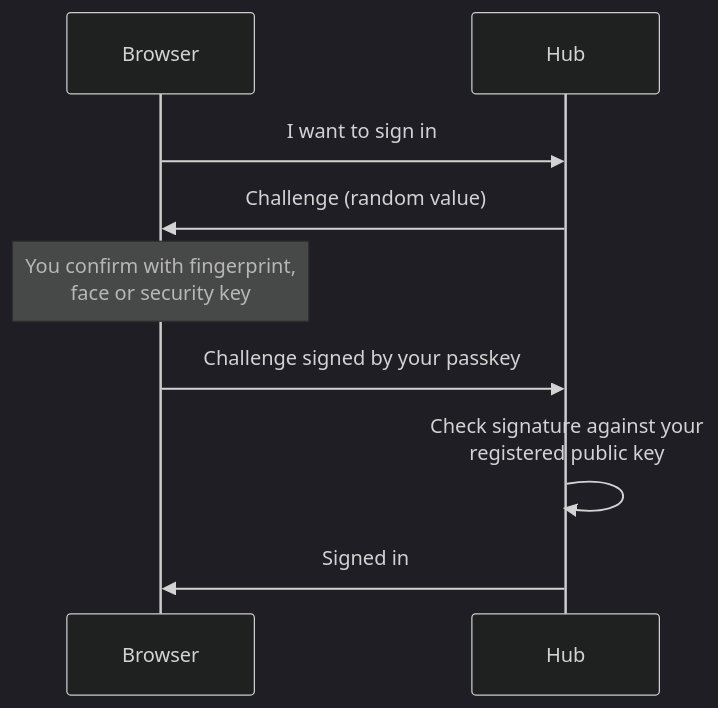
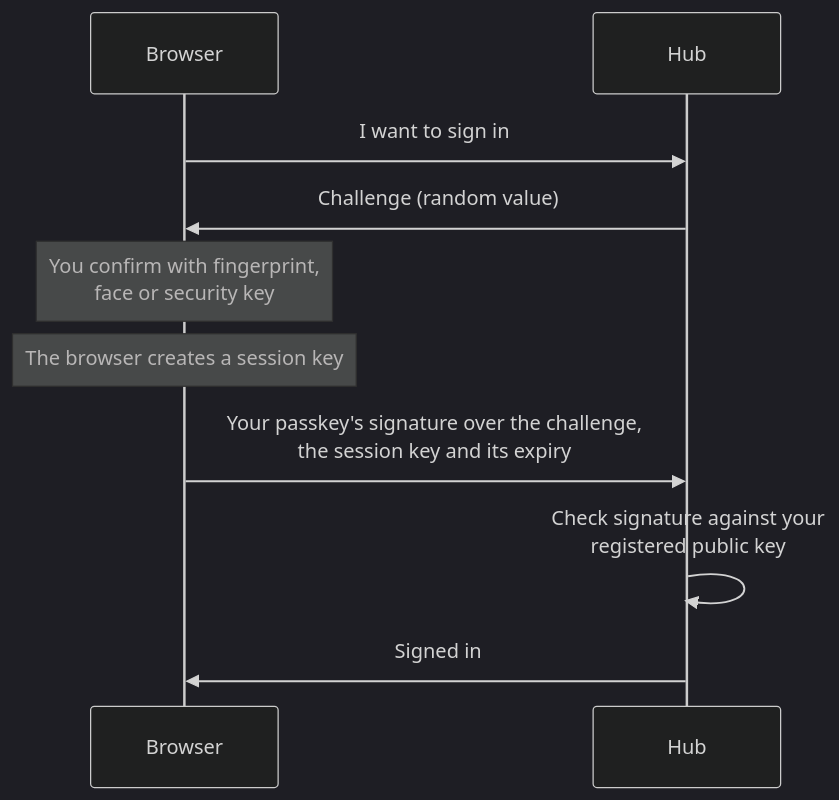
Before and after one commit to DFXswiss/agent: the second of 3 diagrams in docs/team-record.md, drawn with Mermaid (dark theme). The commit also changed other lines of this file and 2 other files, not shown here.

````diff
--- a/docs/team-record.md
+++ b/docs/team-record.md
@@ -132,11 +132,12 @@
 ```mermaid
 sequenceDiagram
     participant B as Browser
     participant H as Hub
     B->>H: I want to sign in
     H->>B: Challenge (random value)
     Note over B: You confirm with fingerprint,<br/>face or security key
-    B->>H: Challenge signed by your passkey
+    Note over B: The browser creates a session key
+    B->>H: Your passkey's signature over the challenge,<br/>the session key and its expiry
     H->>H: Check signature against your<br/>registered public key
     H->>B: Signed in
 ```
````
